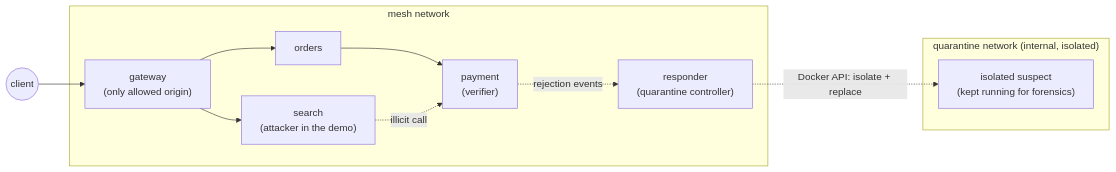
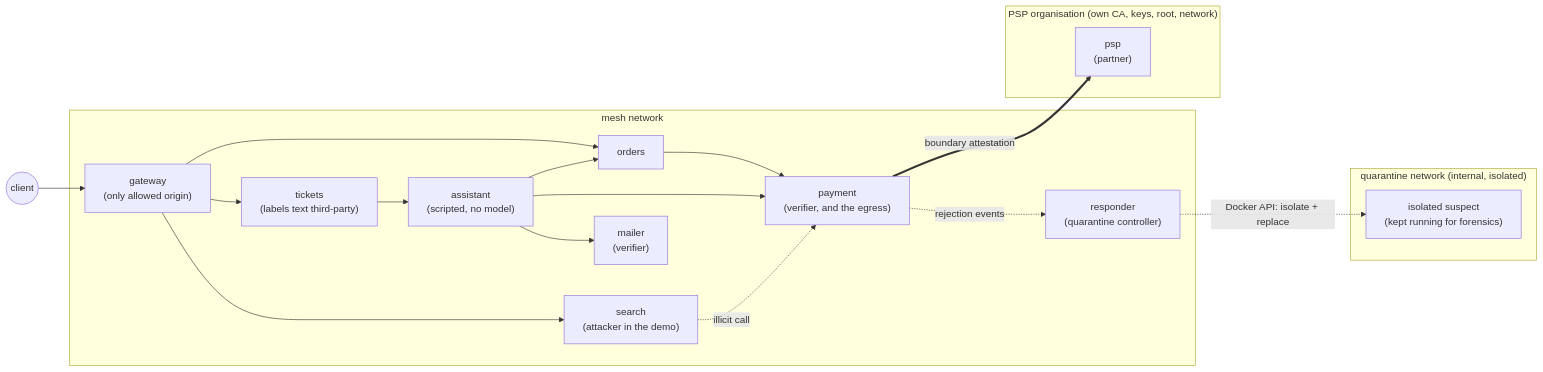
One commit to dumbsly/paztport changed the first of 7 diagrams in poc-demos/java-mesh/README.md. Above: the diagram before and after it, drawn with Mermaid. The commit also changed other lines of this file and 2 other files, not shown here.

Commit message:
docs(java-mesh): the support-assistant storyline, and the known limits it adds

````diff
--- a/poc-demos/java-mesh/README.md
+++ b/poc-demos/java-mesh/README.md
@@ -18,24 +24,37 @@
 ```mermaid
 flowchart LR
     client(("client"))
 
     subgraph mesh["mesh network"]
         gateway["gateway<br/>(only allowed origin)"]
         orders["orders"]
-        payment["payment<br/>(verifier)"]
+        payment["payment<br/>(verifier, and the egress)"]
         search["search<br/>(attacker in the demo)"]
+        tickets["tickets<br/>(labels text third-party)"]
+        assistant["assistant<br/>(scripted, no model)"]
+        mailer["mailer<br/>(verifier)"]
         responder["responder<br/>(quarantine controller)"]
+    end
+
+    subgraph psporg["PSP organisation (own CA, keys, root, network)"]
+        psp["psp<br/>(partner)"]
     end
 
     subgraph quarantine["quarantine network (internal, isolated)"]
         jailed["isolated suspect<br/>(kept running for forensics)"]
     end
 
     client --> gateway
     gateway --> orders
     orders --> payment
     gateway --> search
+    gateway --> tickets
+    tickets --> assistant
+    assistant --> orders
+    assistant --> payment
+    assistant --> mailer
+    payment == "boundary attestation" ==> psp
     search -. "illicit call" .-> payment
     payment -. "rejection events" .-> responder
     responder -. "Docker API: isolate + replace" .-> jailed
 ```
````
